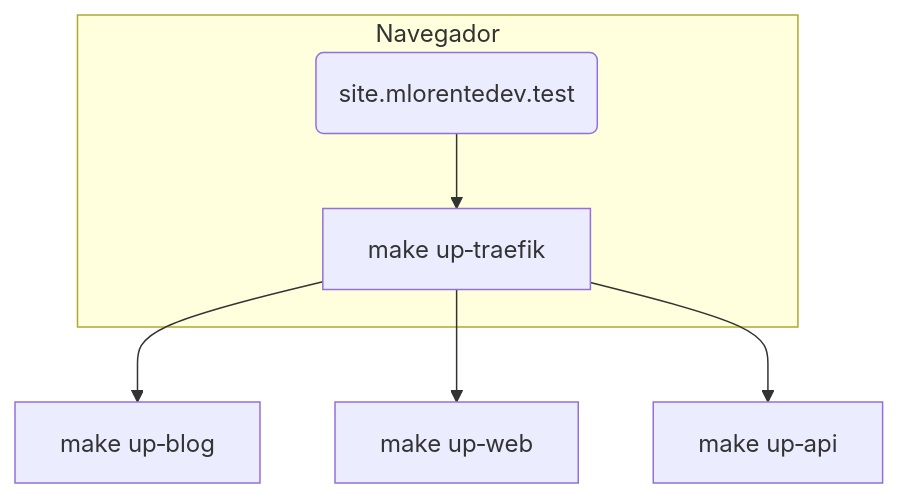
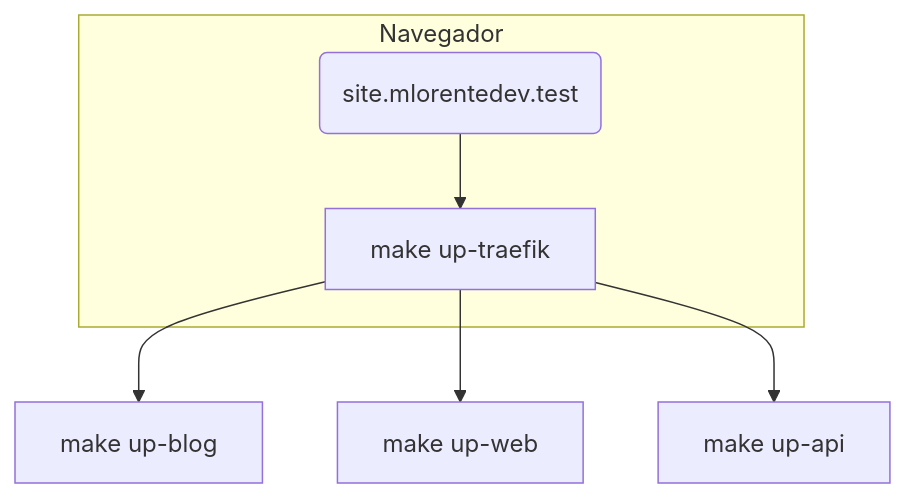
Before and after one commit to mlorentedev/kubelab: the diagram in README.md, drawn with Mermaid. The commit also changed other lines of this file and 47 other files, not shown here.

````diff
--- a/README.md
+++ b/README.md
@@ -120,9 +122,9 @@
 ```mermaid
 graph TD;
-  A[make up‑traefik] --> B1[make up‑blog];
-  A --> B2[make up‑web];
-  A --> B3[make up‑api];
+  A[make up-traefik] --> B1[make up-blog];
+  A --> B2[make up-web];
+  A --> B3[make up-api];
   subgraph Navegador
     C1(site.mlorentedev.test) --> A;
   end
 ```
````
